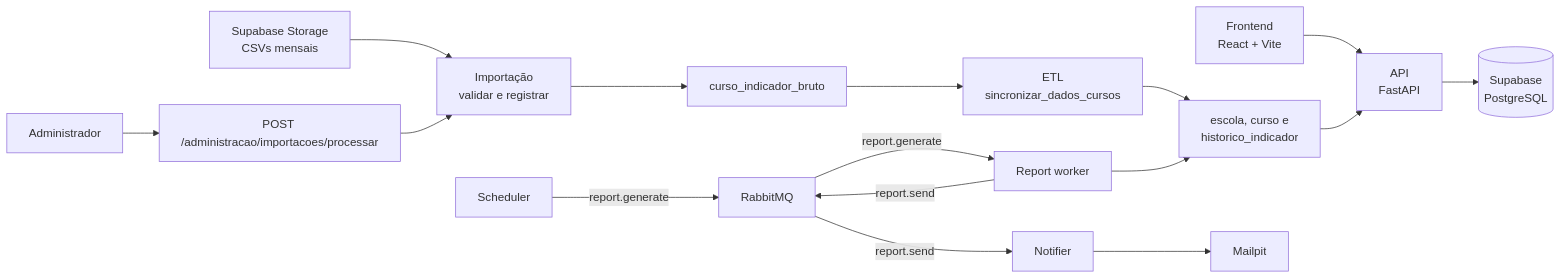
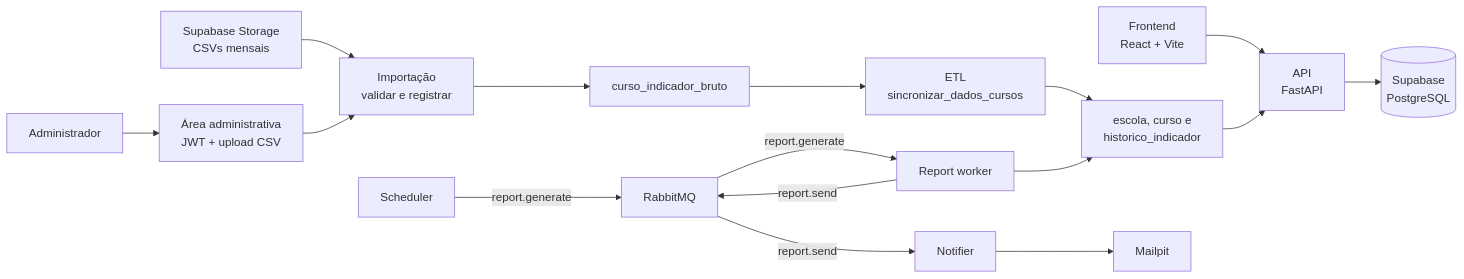
Before and after one commit to isinhah/desempenho-academico: the diagram in README.md, drawn with Mermaid. The commit also changed other lines of this file and 12 other files, not shown here.

Commit message:
feat: criacao da role administrador + tela de upload arquivo

````diff
--- a/README.md
+++ b/README.md
@@ -20,18 +20,18 @@
 ```mermaid
 flowchart LR
     frontend[Frontend<br/>React + Vite] --> api[API<br/>FastAPI]
     api --> supabase[(Supabase<br/>PostgreSQL)]
     storage["Supabase Storage<br/>CSVs mensais"] --> importacao["Importação<br/>validar e registrar"]
     importacao --> bruto["curso_indicador_bruto"]
     bruto --> etl["ETL<br/>sincronizar_dados_cursos"]
     etl --> analiticas["escola, curso e<br/>historico_indicador"]
     analiticas --> api
-    admin["Administrador"] --> endpoint["POST /administracao/importacoes/processar"]
+    admin["Administrador"] --> endpoint["Área administrativa<br/>JWT + upload CSV"]
     endpoint --> importacao
     scheduler[Scheduler] -->|report.generate| rabbit[RabbitMQ]
     rabbit -->|report.generate| worker[Report worker]
     worker --> analiticas
     worker -->|report.send| rabbit
     rabbit -->|report.send| notifier[Notifier]
     notifier --> mailpit[Mailpit]
 ```
````
